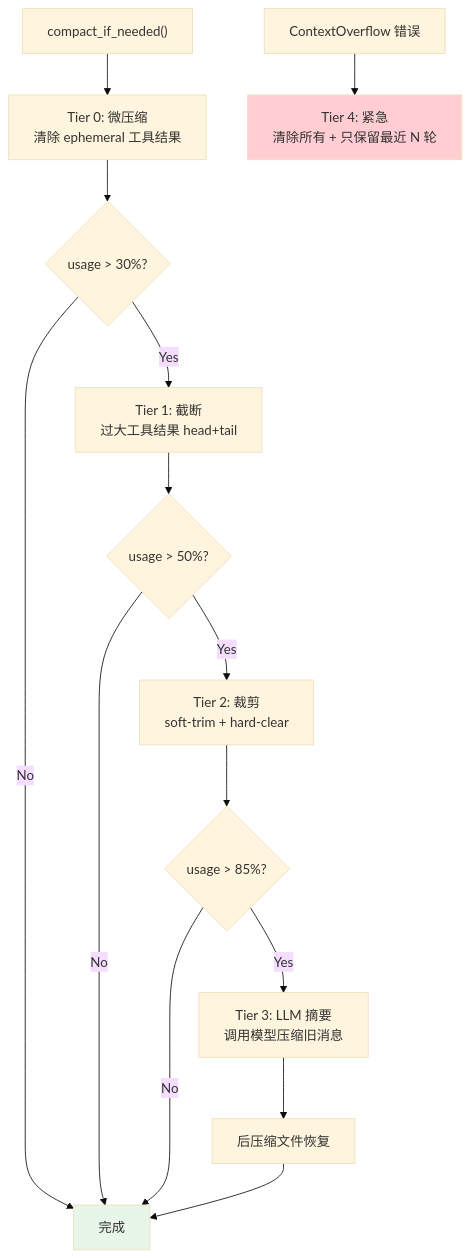
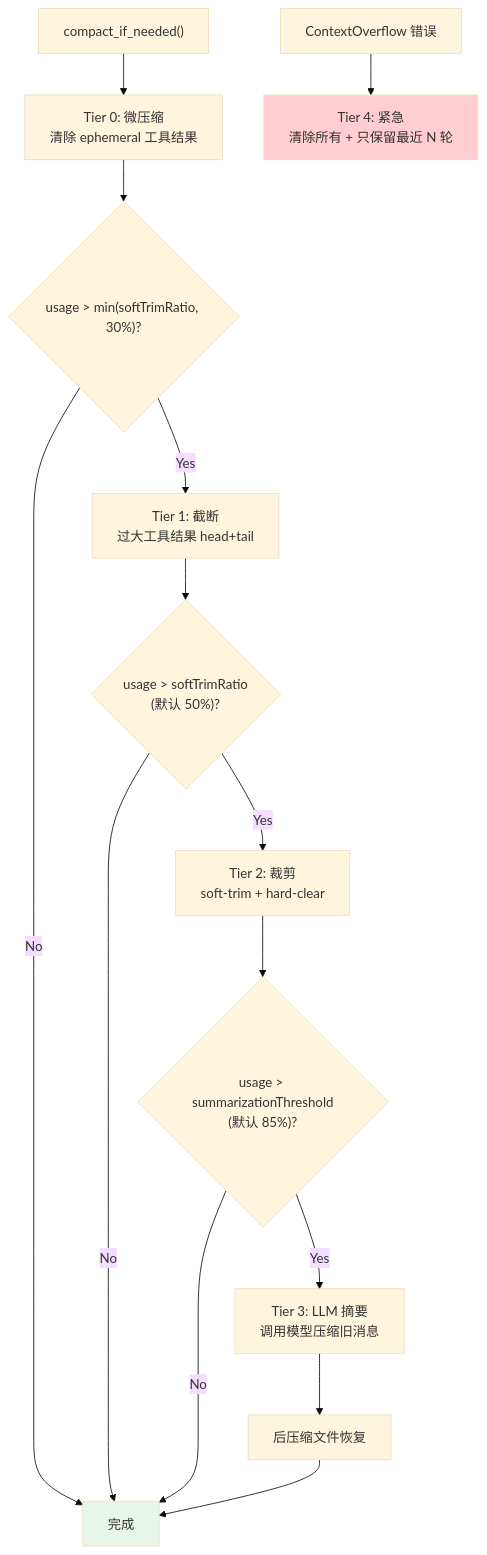
One commit to shiwenwen/hope-agent changed the first of 3 diagrams in docs/architecture/context-compact.md. Above: the diagram before and after it, drawn with Mermaid (base theme). The commit also changed other lines of this file and 8 other files, not shown here.

````diff
--- a/docs/architecture/context-compact.md
+++ b/docs/architecture/context-compact.md
@@ -10,18 +10,18 @@
 ```mermaid
 flowchart TD
     A["compact_if_needed()"] --> B["Tier 0: 微压缩<br/>清除 ephemeral 工具结果"]
-    B --> C{"usage > 30%?"}
+    B --> C{"usage > min(softTrimRatio, 30%)?"}
     C -- No --> Done["完成"]
     C -- Yes --> D["Tier 1: 截断<br/>过大工具结果 head+tail"]
-    D --> E{"usage > 50%?"}
+    D --> E{"usage > softTrimRatio<br/>(默认 50%)?"}
     E -- No --> Done
     E -- Yes --> F["Tier 2: 裁剪<br/>soft-trim + hard-clear"]
-    F --> G{"usage > 85%?"}
+    F --> G{"usage > summarizationThreshold<br/>(默认 85%)?"}
     G -- No --> Done
     G -- Yes --> H["Tier 3: LLM 摘要<br/>调用模型压缩旧消息"]
     H --> I["后压缩文件恢复"]
     I --> Done
     J["ContextOverflow 错误"] --> K["Tier 4: 紧急<br/>清除所有 + 只保留最近 N 轮"]
     style Done fill:#e8f5e9
     style K fill:#ffcdd2
 ```
````
